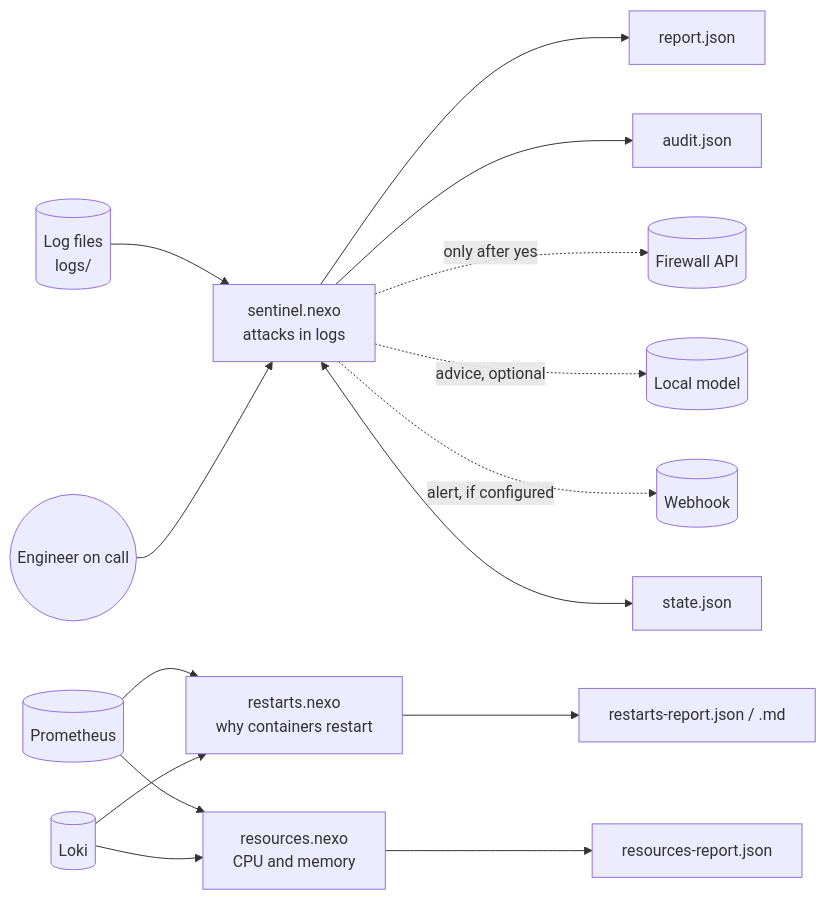
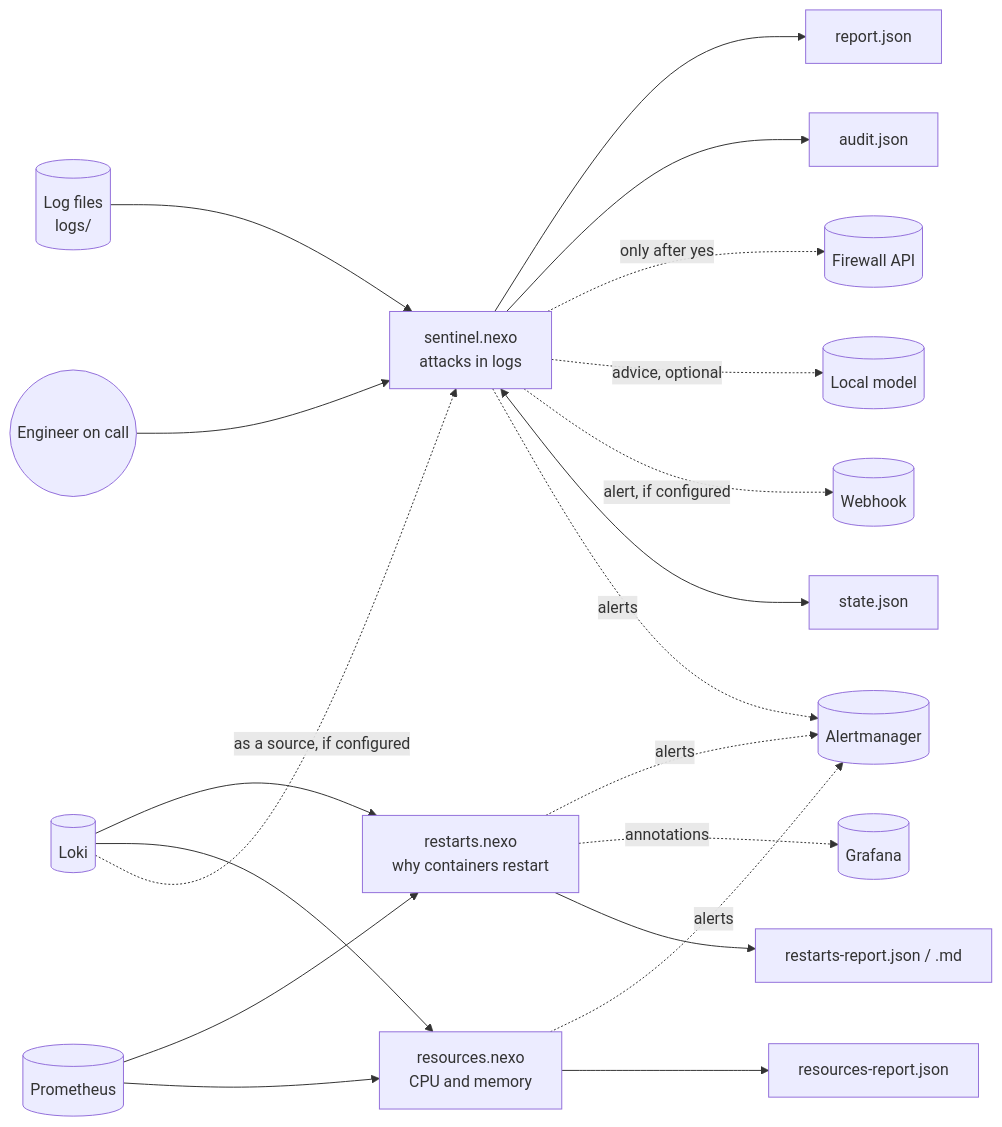
One commit to marcrabadan/nexo changed the first of 3 diagrams in examples/sentinel/ARCHITECTURE.md. Above: the diagram before and after it, drawn with Mermaid. The commit also changed other lines of this file and 13 other files, not shown here.

First line of the commit message:
Sentinel: Alertmanager, Grafana annotations and Loki as a source

````diff
--- a/examples/sentinel/ARCHITECTURE.md
+++ b/examples/sentinel/ARCHITECTURE.md
@@ -8,17 +8,22 @@
 ```mermaid
 flowchart LR
     logs[(Log files<br>logs/)] --> sentinel
     prom[(Prometheus)] --> restarts
     prom --> resources
     loki[(Loki)] --> restarts
     loki --> resources
     sentinel[sentinel.nexo<br>attacks in logs] --> report[report.json]
     sentinel --> audit[audit.json]
     sentinel -. only after yes .-> firewall[(Firewall API)]
     sentinel -. advice, optional .-> model[(Local model)]
     sentinel -. alert, if configured .-> hook[(Webhook)]
     sentinel <--> state[state.json]
+    loki -. as a source, if configured .-> sentinel
+    sentinel -. alerts .-> am[(Alertmanager)]
+    restarts -. alerts .-> am
+    resources -. alerts .-> am
+    restarts -. annotations .-> grafana[(Grafana)]
     restarts[restarts.nexo<br>why containers restart] --> rr[restarts-report.json / .md]
     resources[resources.nexo<br>CPU and memory] --> res[resources-report.json]
     person((Engineer on call)) --> sentinel
 ```
````
